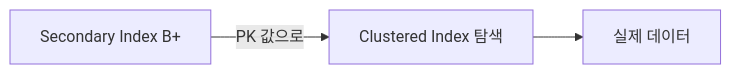
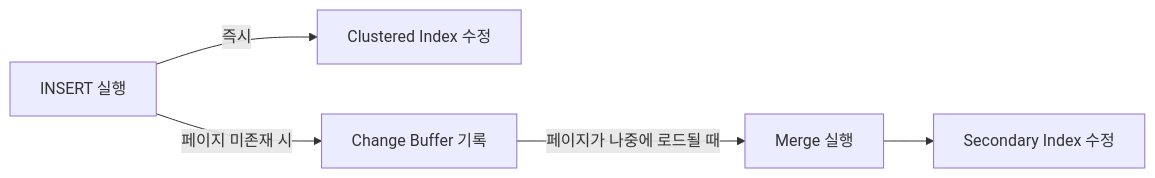
One commit to yjkim2015/yjkim2015.github.io changed the eighth of 11 diagrams in _posts/db/2026-05-01-db-internals.md. Above: the diagram before and after it, drawn with Mermaid. The commit also changed other lines of this file and 4 other files, not shown here.

````diff
--- a/_posts/db/2026-05-01-db-internals.md
+++ b/_posts/db/2026-05-01-db-internals.md
@@ -155,5 +828,7 @@
 ```mermaid
 graph LR
-    SI["Secondary Index B+"] -->|PK 값으로| CI[Clustered Index 탐색]
-    CI --> RD[실제 데이터]
+    INSERT["INSERT 실행"] -->|즉시| CI["Clustered Index 수정"]
+    INSERT -->|페이지 미존재 시| CB["Change Buffer 기록"]
+    CB -->|페이지가 나중에 로드될 때| MERGE["Merge 실행"]
+    MERGE --> SI["Secondary Index 수정"]
 ```
````
